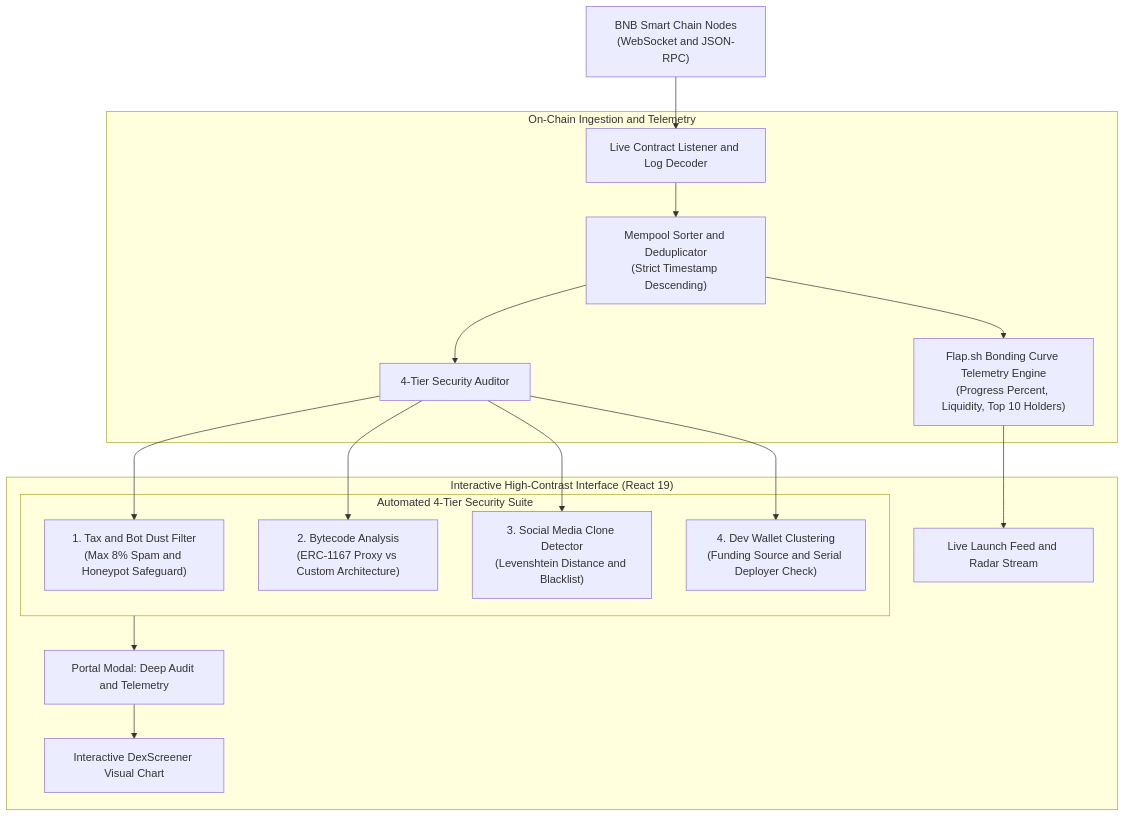
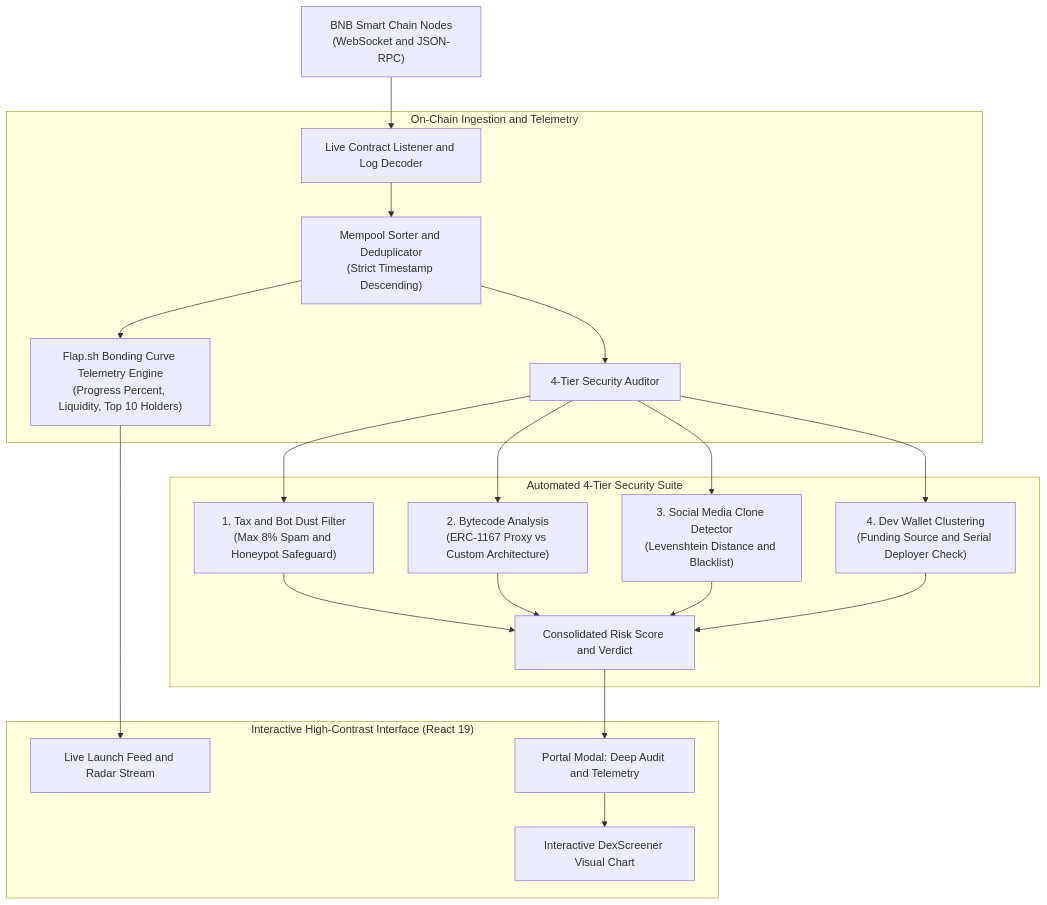
The diagram in README.md (Lukecele/inception-flap-scanner), drawn with Mermaid before and after one commit.

Commit message:
docs(mermaid): fix subgraph-to-node edge syntax to prevent rich display error

````diff
--- a/README.md
+++ b/README.md
@@ -29,23 +29,27 @@
 ```mermaid
 flowchart TD
-    Node["BNB Smart Chain Nodes<br/>(WebSocket and JSON-RPC)"] --> Ingestion["Live Contract Listener and Log Decoder"]
+    Node["BNB Smart Chain Nodes<br>(WebSocket and JSON-RPC)"] --> Ingestion["Live Contract Listener and Log Decoder"]
     
     subgraph CoreEngine["On-Chain Ingestion and Telemetry"]
-        Ingestion --> Sorter["Mempool Sorter and Deduplicator<br/>(Strict Timestamp Descending)"]
+        Ingestion --> Sorter["Mempool Sorter and Deduplicator<br>(Strict Timestamp Descending)"]
         Sorter --> Auditor["4-Tier Security Auditor"]
-        Sorter --> CurveTelemetry["Flap.sh Bonding Curve Telemetry Engine<br/>(Progress Percent, Liquidity, Top 10 Holders)"]
+        Sorter --> CurveTelemetry["Flap.sh Bonding Curve Telemetry Engine<br>(Progress Percent, Liquidity, Top 10 Holders)"]
     end
 
     subgraph SecurityChecks["Automated 4-Tier Security Suite"]
-        Auditor --> Tax["1. Tax and Bot Dust Filter<br/>(Max 8% Spam and Honeypot Safeguard)"]
-        Auditor --> Proxy["2. Bytecode Analysis<br/>(ERC-1167 Proxy vs Custom Architecture)"]
-        Auditor --> Phish["3. Social Media Clone Detector<br/>(Levenshtein Distance and Blacklist)"]
-        Auditor --> Dev["4. Dev Wallet Clustering<br/>(Funding Source and Serial Deployer Check)"]
+        Auditor --> Tax["1. Tax and Bot Dust Filter<br>(Max 8% Spam and Honeypot Safeguard)"]
+        Auditor --> Proxy["2. Bytecode Analysis<br>(ERC-1167 Proxy vs Custom Architecture)"]
+        Auditor --> Phish["3. Social Media Clone Detector<br>(Levenshtein Distance and Blacklist)"]
+        Auditor --> Dev["4. Dev Wallet Clustering<br>(Funding Source and Serial Deployer Check)"]
+        Tax --> Verdict["Consolidated Risk Score and Verdict"]
+        Proxy --> Verdict
+        Phish --> Verdict
+        Dev --> Verdict
     end
 
     subgraph UI["Interactive High-Contrast Interface (React 19)"]
         CurveTelemetry --> TerminalUI["Live Launch Feed and Radar Stream"]
-        SecurityChecks --> ModalUI["Portal Modal: Deep Audit and Telemetry"]
+        Verdict --> ModalUI["Portal Modal: Deep Audit and Telemetry"]
         ModalUI --> DexScreener["Interactive DexScreener Visual Chart"]
     end
 ```
````
